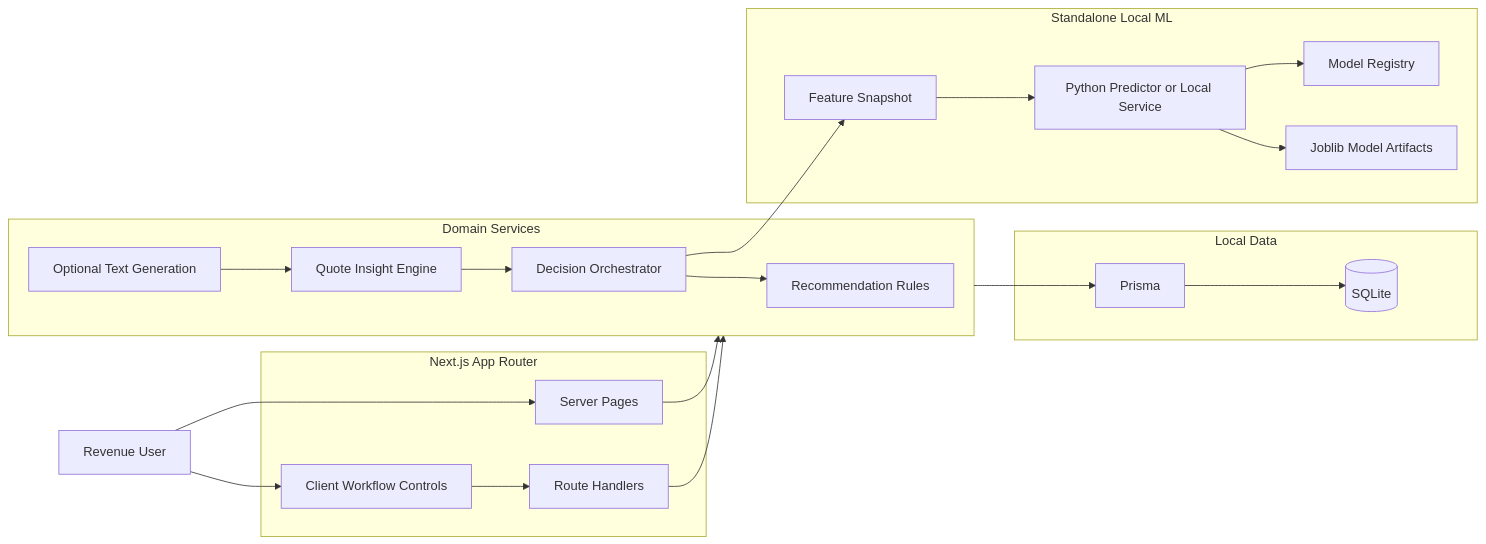
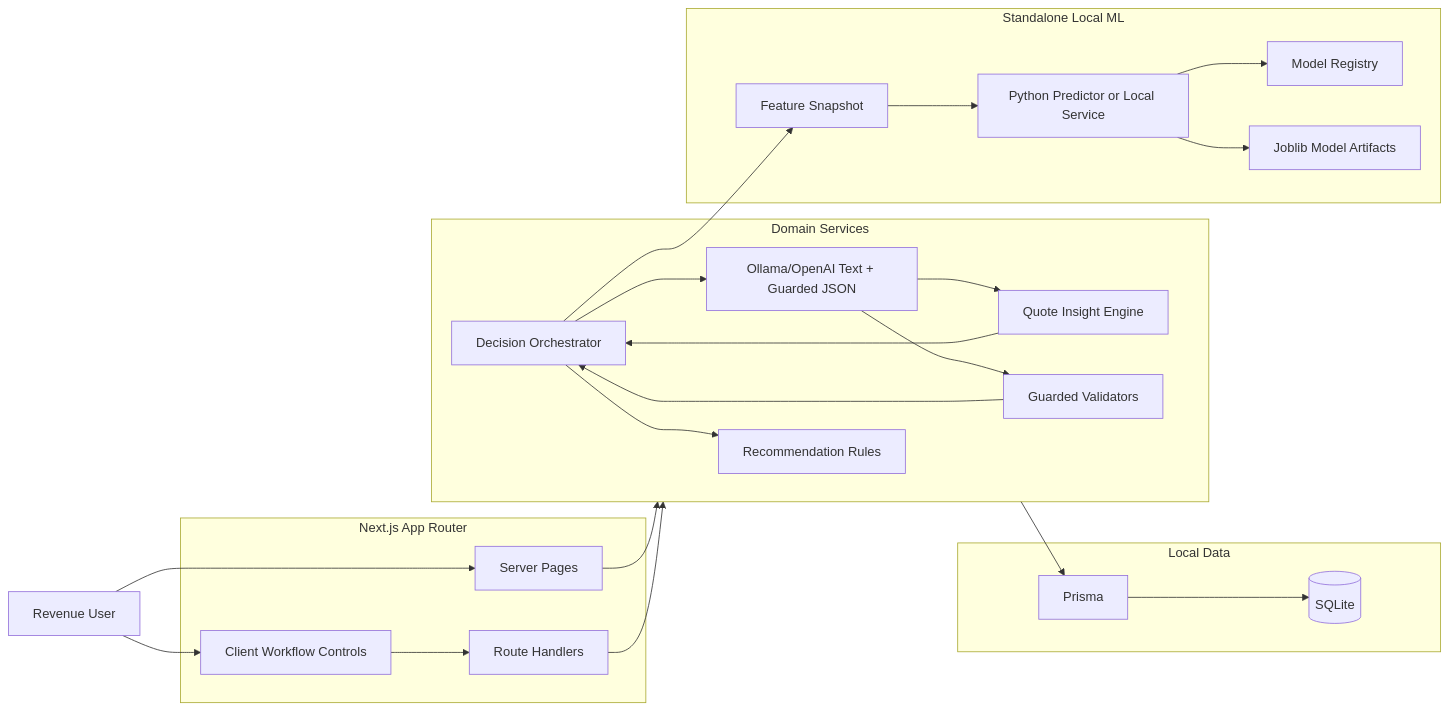
One commit to saralabiswal/ai-renewal-quote-copilot changed the diagram in README.md. Above: the diagram before and after it, drawn with Mermaid. The commit also changed other lines of this file and 54 other files, not shown here.

````diff
--- a/README.md
+++ b/README.md
@@ -118,42 +142,44 @@
 ```mermaid
 flowchart LR
   User[Revenue User]
 
   subgraph UI[Next.js App Router]
     Pages[Server Pages]
     Client[Client Workflow Controls]
     API[Route Handlers]
   end
 
   subgraph Domain[Domain Services]
     Rules[Recommendation Rules]
     Decision[Decision Orchestrator]
     Insights[Quote Insight Engine]
-    AI[Optional Text Generation]
+    AI[Ollama/OpenAI Text + Guarded JSON]
+    Guarded[Guarded Validators]
   end
 
   subgraph ML[Standalone Local ML]
     Features[Feature Snapshot]
     Registry[Model Registry]
     Predict[Python Predictor or Local Service]
     Models[Joblib Model Artifacts]
   end
 
   subgraph Data[Local Data]
     Prisma[Prisma]
     SQLite[(SQLite)]
   end
 
   User --> Pages
   User --> Client
   Client --> API
   Pages --> Domain
   API --> Domain
   Decision --> Rules
   Decision --> Features --> Predict
   Predict --> Registry
   Predict --> Models
   Insights --> Decision
+  Decision --> AI --> Guarded --> Decision
   AI --> Insights
   Domain --> Prisma --> SQLite
 ```
````
